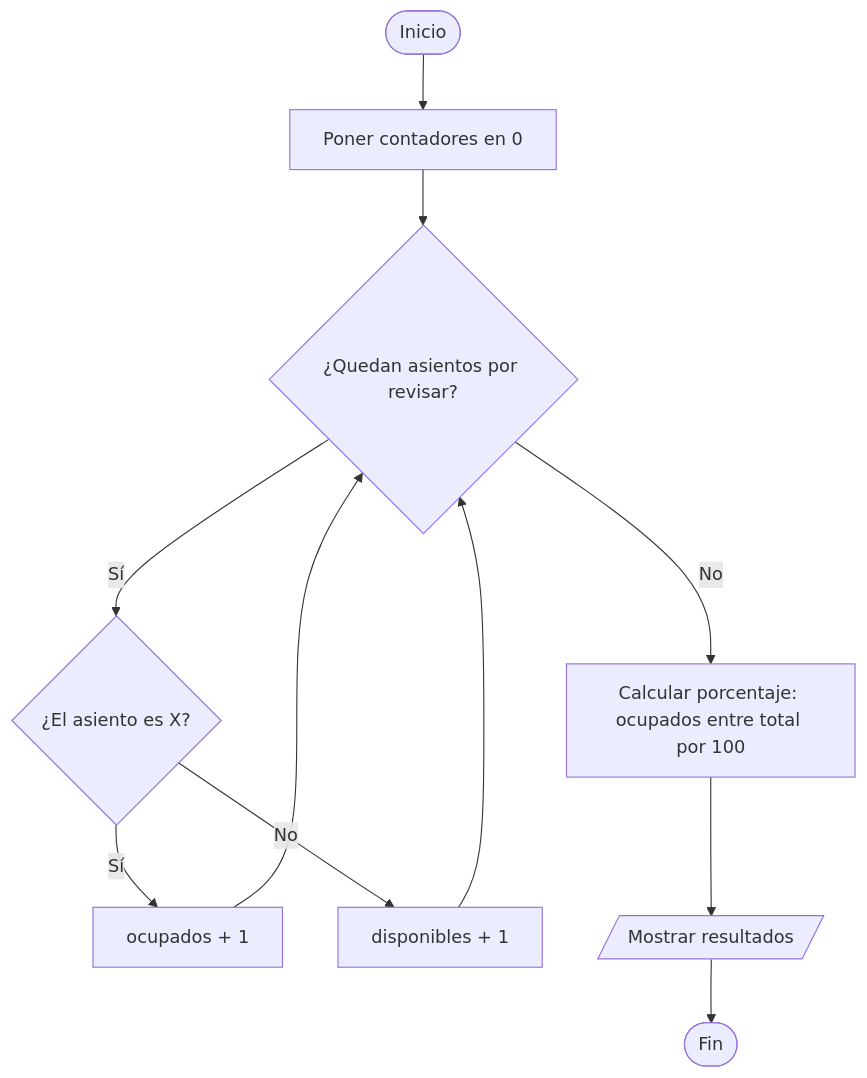
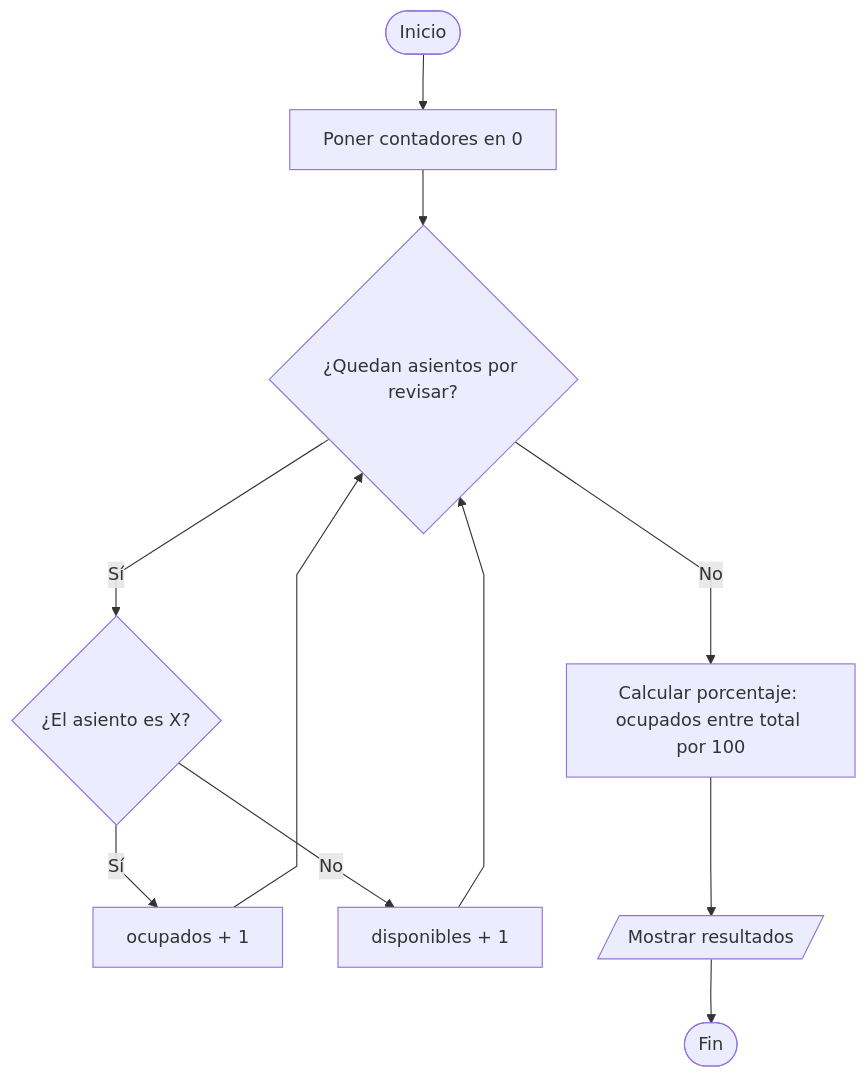
The sixth of 6 diagrams in Documentacion/Dia-2-Diagramas-de-flujo.md (Roberto8322/Proyecto-Integrador-2-cine), drawn with Mermaid before and after one commit. The commit also changed other lines of this file and 1 other file, not shown here.

Commit message:
Día 2: se agregan los diagramas de flujo, el diseño modular y la interfaz con filas de A a J y columnas de 0 a 9

````diff
--- a/Documentacion/Dia-2-Diagramas-de-flujo.md
+++ b/Documentacion/Dia-2-Diagramas-de-flujo.md
@@ -83,13 +94,14 @@
 ```mermaid
+%%{init: {'flowchart': {'curve': 'linear'}}}%%
 flowchart TD
     A([Inicio]) --> B[Poner contadores en 0]
     B --> C{"¿Quedan asientos por revisar?"}
     C -->|Sí| D{"¿El asiento es X?"}
     D -->|Sí| E[ocupados + 1]
     D -->|No| F[disponibles + 1]
     E --> C
     F --> C
     C -->|No| G[Calcular porcentaje: ocupados entre total por 100]
     G --> H[/Mostrar resultados/]
     H --> Z([Fin])
 ```
````
